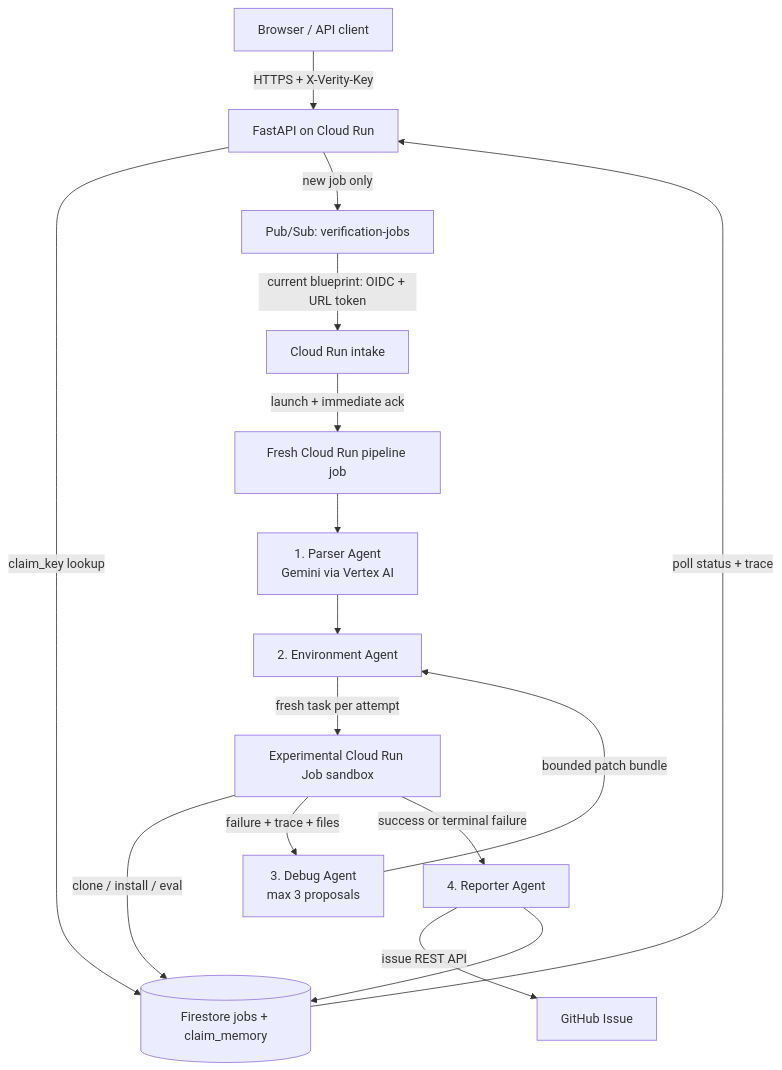
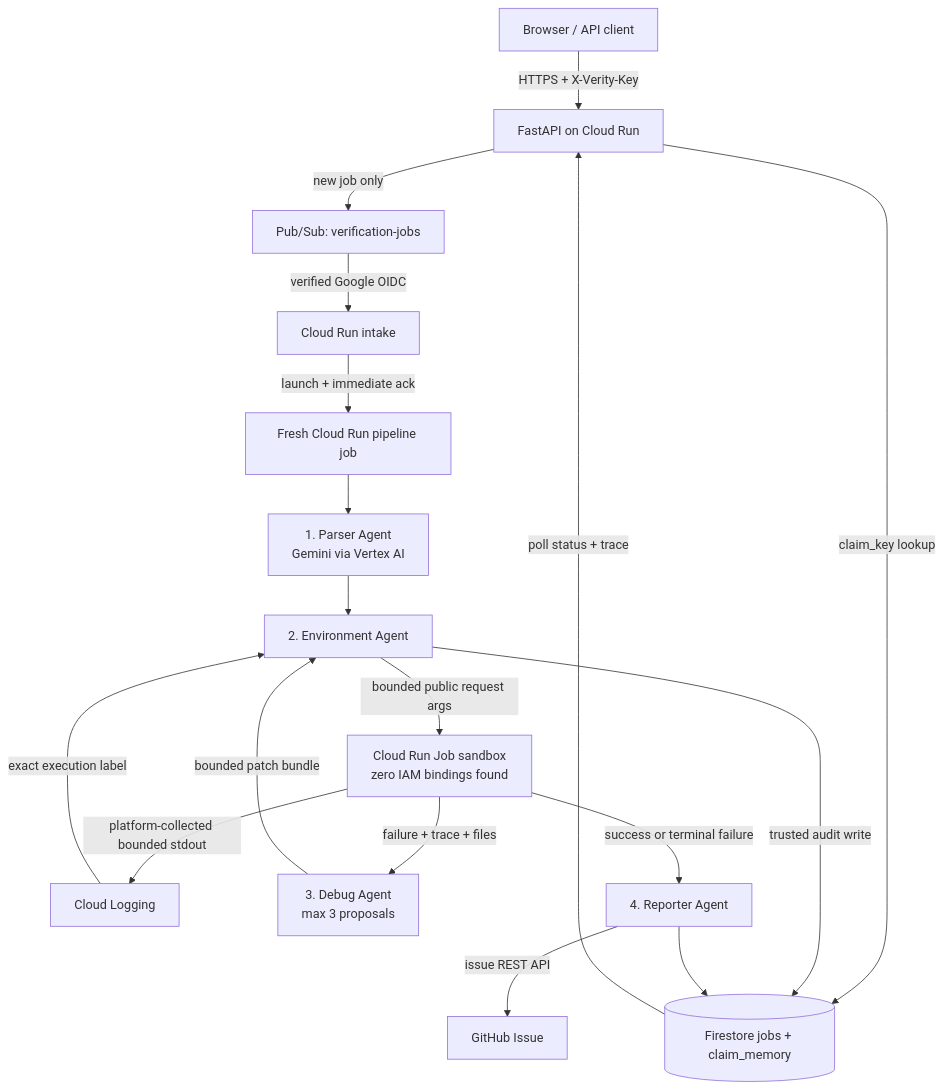
One commit to ZiyadAzzaz/verity changed the second of 2 diagrams in docs/architecture.md. Above: the diagram before and after it, drawn with Mermaid. The commit also changed other lines of this file and 35 other files, not shown here.

Commit message:
security: isolate cloud sandbox identity

````diff
--- a/docs/architecture.md
+++ b/docs/architecture.md
@@ -42,18 +43,20 @@
 ```mermaid
 flowchart TD
     U[Browser / API client] -->|HTTPS + X-Verity-Key| A[FastAPI on Cloud Run]
     A -->|claim_key lookup| F[(Firestore jobs + claim_memory)]
     A -->|new job only| P[Pub/Sub: verification-jobs]
-    P -->|current blueprint: OIDC + URL token| W[Cloud Run intake]
+    P -->|verified Google OIDC| W[Cloud Run intake]
     W -->|launch + immediate ack| PJ[Fresh Cloud Run pipeline job]
     PJ --> PA[1. Parser Agent<br/>Gemini via Vertex AI]
     PA --> EA[2. Environment Agent]
-    EA -->|fresh task per attempt| J[Experimental Cloud Run Job sandbox]
-    J -->|clone / install / eval| F
+    EA -->|bounded public request args| J[Cloud Run Job sandbox<br/>zero IAM bindings found]
+    J -->|platform-collected bounded stdout| L[Cloud Logging]
+    L -->|exact execution label| EA
+    EA -->|trusted audit write| F
     J -->|failure + trace + files| DA[3. Debug Agent<br/>max 3 proposals]
     DA -->|bounded patch bundle| EA
     J -->|success or terminal failure| RA[4. Reporter Agent]
     RA -->|issue REST API| G[GitHub Issue]
     RA --> F
     F -->|poll status + trace| A
 ```
````
